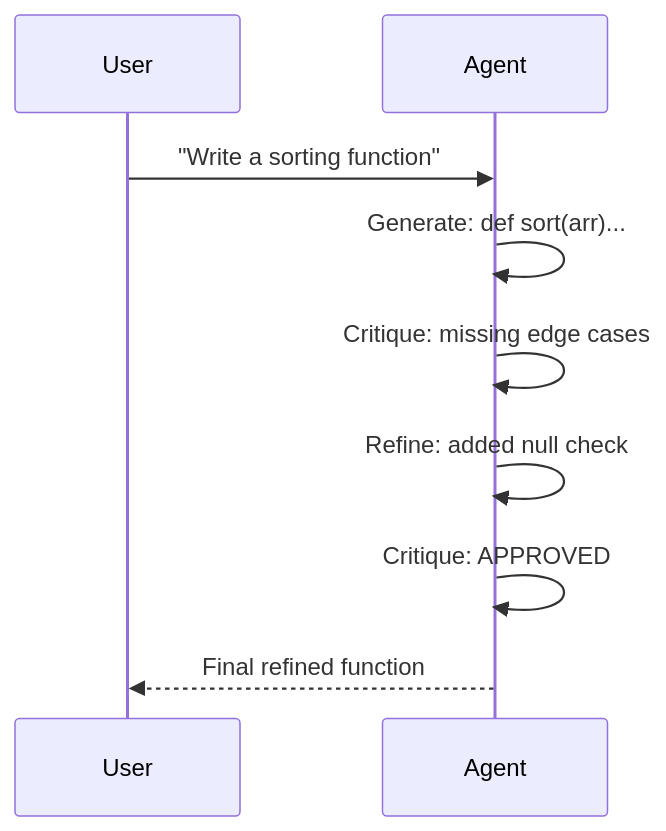
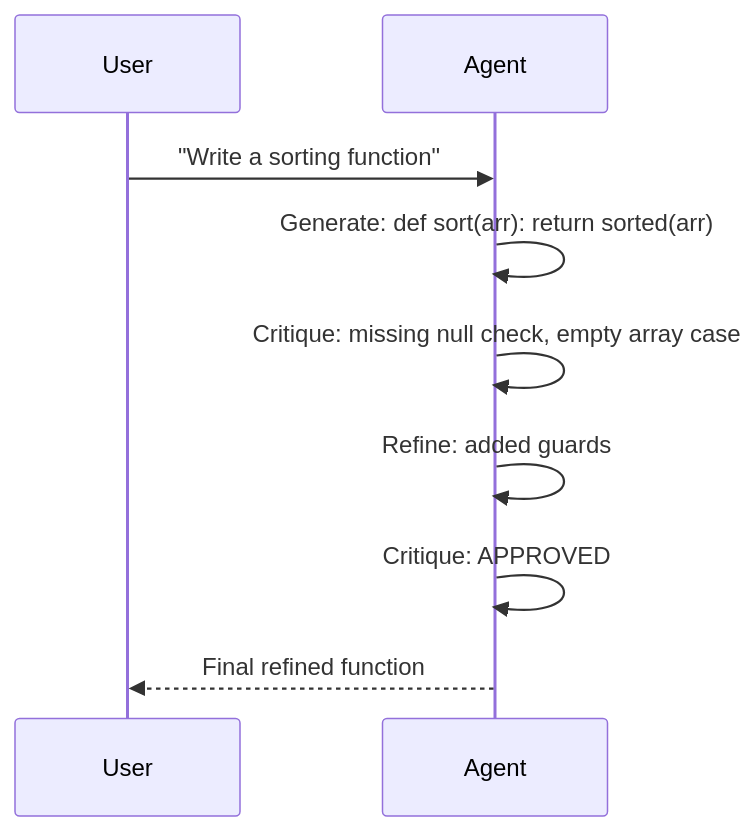
Before and after one commit to pyagent-core/pyagent: the diagram in docs/patterns/resolution/self-reflection.md, drawn with Mermaid. The commit also changed other lines of this file and 152 other files, not shown here.

````diff
--- a/docs/patterns/resolution/self-reflection.md
+++ b/docs/patterns/resolution/self-reflection.md
@@ -7,12 +12,12 @@
 ```mermaid
 sequenceDiagram
     participant U as User
     participant A as Agent
 
     U->>A: "Write a sorting function"
-    A->>A: Generate: def sort(arr)...
-    A->>A: Critique: missing edge cases
-    A->>A: Refine: added null check
+    A->>A: Generate: def sort(arr): return sorted(arr)
+    A->>A: Critique: missing null check, empty array case
+    A->>A: Refine: added guards
     A->>A: Critique: APPROVED
     A-->>U: Final refined function
 ```
````
